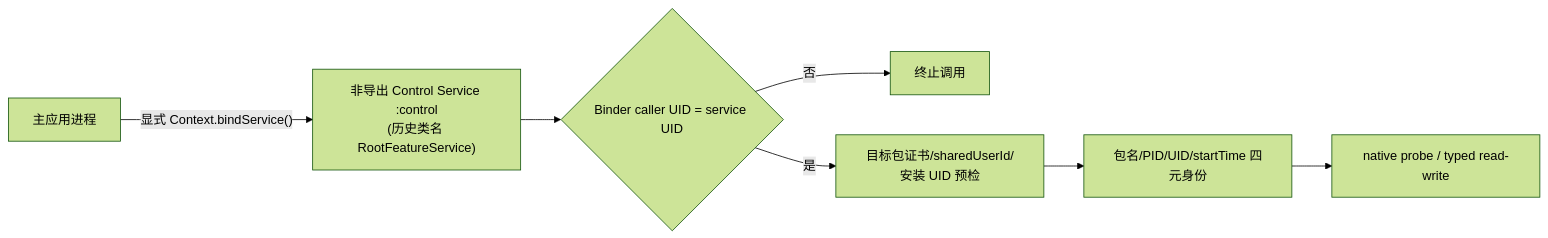
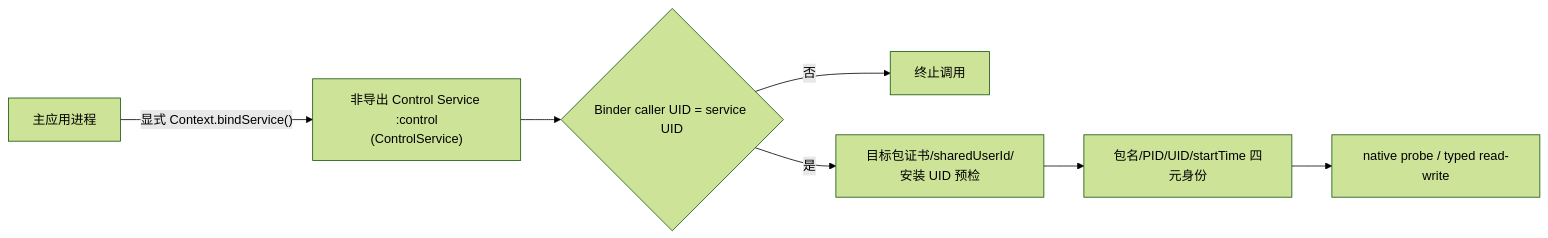
One commit to dartcv/minix changed the diagram in codex.md. Above: the diagram before and after it, drawn with Mermaid (forest theme). The commit also changed other lines of this file and 128 other files, not shown here.

Commit message:
Remove legacy root control scheme

````diff
--- a/codex.md
+++ b/codex.md
@@ -111,9 +126,9 @@
 ```mermaid
 flowchart LR
-    UI["主应用进程"] -->|"显式 Context.bindService()"| S["非导出 Control Service :control\n(历史类名 RootFeatureService)"]
+    UI["主应用进程"] -->|"显式 Context.bindService()"| S["非导出 Control Service :control\n(ControlService)"]
     S --> B{"Binder caller UID = service UID"}
     B -- "否" --> X["终止调用"]
     B -- "是" --> P["目标包证书/sharedUserId/安装 UID 预检"]
     P --> Q["包名/PID/UID/startTime 四元身份"]
     Q --> N["native probe / typed read-write"]
 ```
````
